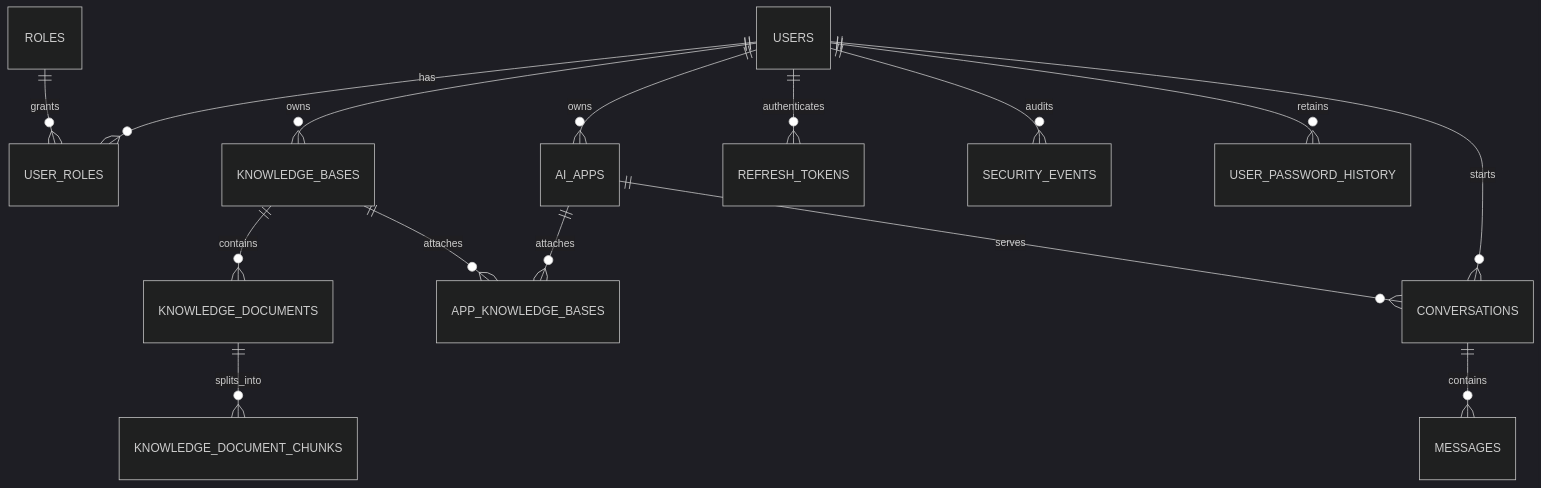
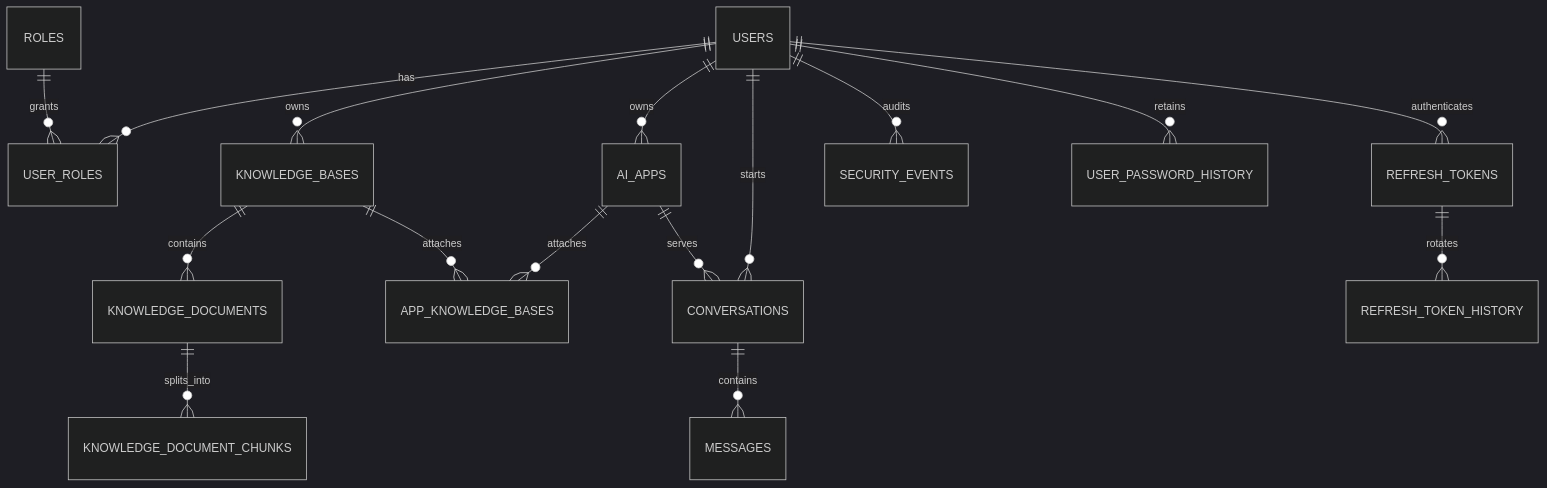
Before and after one commit to Tony-XUYANG/enterprise-knowledge-base-ai-platform: the diagram in docs/database-design.md, drawn with Mermaid (dark theme). The commit also changed other lines of this file and 9 other files, not shown here.

Commit message:
feat: detect refresh token reuse

````diff
--- a/docs/database-design.md
+++ b/docs/database-design.md
@@ -10,17 +10,18 @@
 ```mermaid
 erDiagram
     USERS ||--o{ USER_ROLES : has
     ROLES ||--o{ USER_ROLES : grants
     USERS ||--o{ AI_APPS : owns
     USERS ||--o{ KNOWLEDGE_BASES : owns
     KNOWLEDGE_BASES ||--o{ KNOWLEDGE_DOCUMENTS : contains
     KNOWLEDGE_DOCUMENTS ||--o{ KNOWLEDGE_DOCUMENT_CHUNKS : splits_into
     AI_APPS ||--o{ APP_KNOWLEDGE_BASES : attaches
     KNOWLEDGE_BASES ||--o{ APP_KNOWLEDGE_BASES : attaches
     USERS ||--o{ CONVERSATIONS : starts
     AI_APPS ||--o{ CONVERSATIONS : serves
     CONVERSATIONS ||--o{ MESSAGES : contains
     USERS ||--o{ REFRESH_TOKENS : authenticates
+    REFRESH_TOKENS ||--o{ REFRESH_TOKEN_HISTORY : rotates
     USERS ||--o{ SECURITY_EVENTS : audits
     USERS ||--o{ USER_PASSWORD_HISTORY : retains
 ```
````
